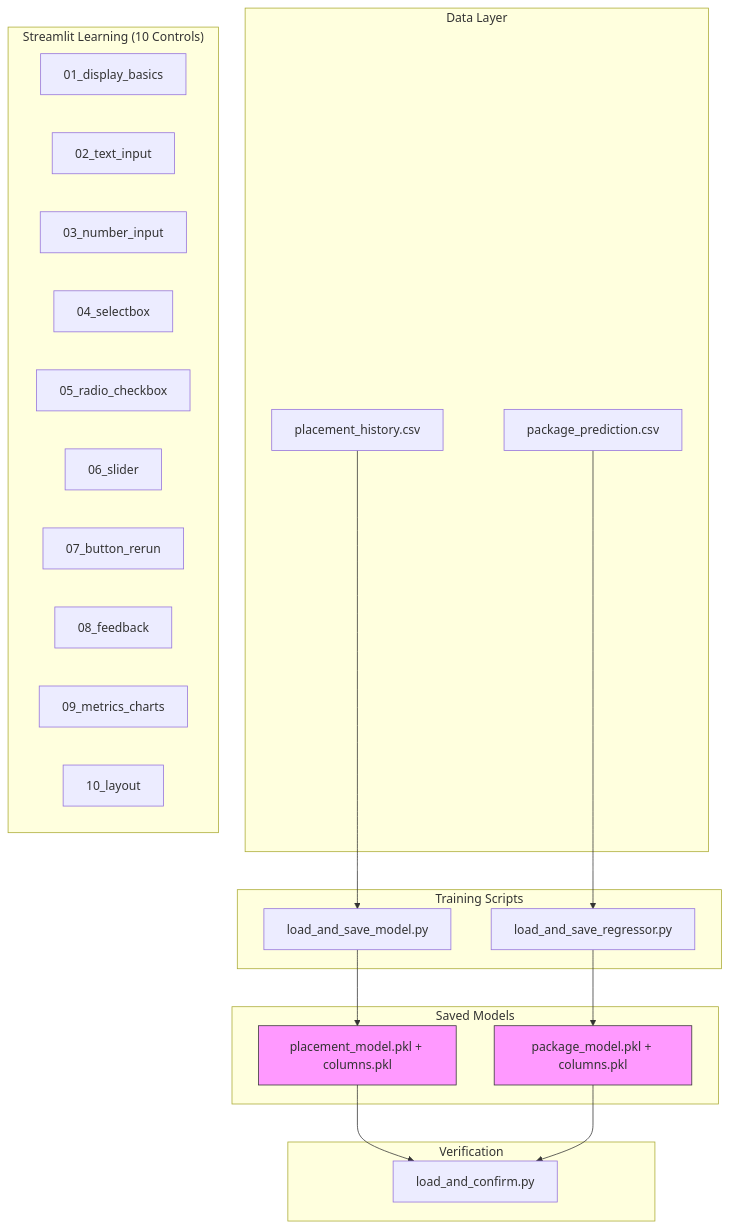
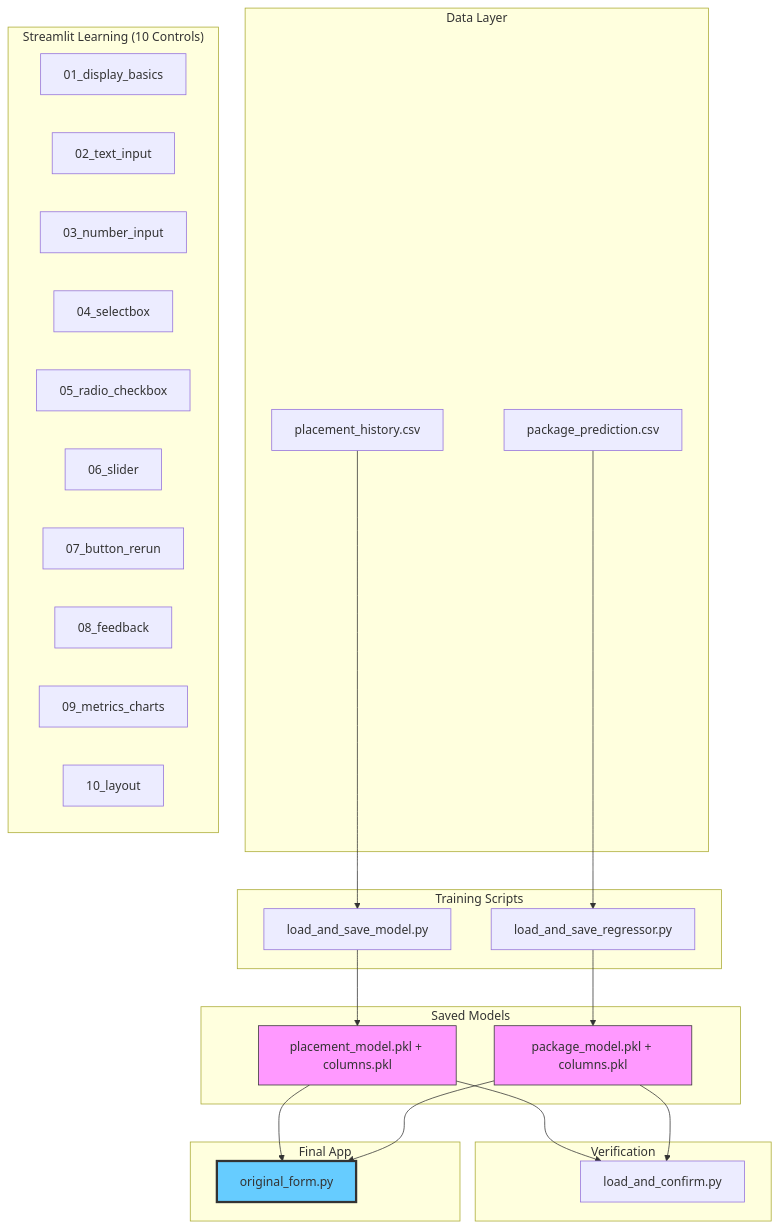
Diagram 15 of 15 in README.md (Gone001/Streamlit_model), drawn with Mermaid before and after one commit. The commit also changed other lines of this file, not shown here.

Commit message:
Updated README with original_form.py documentation and mermaid diagrams

````diff
--- a/README.md
+++ b/README.md
@@ -518,44 +600,51 @@
 ```mermaid
 flowchart TB
     subgraph "Data Layer"
         CSV1[placement_history.csv]
         CSV2[package_prediction.csv]
     end
     
     subgraph "Training Scripts"
         M1[load_and_save_model.py]
         M2[load_and_save_regressor.py]
     end
     
     subgraph "Saved Models"
         PM[placement_model.pkl + columns.pkl]
         RM[package_model.pkl + columns.pkl]
     end
     
     subgraph "Verification"
         V[load_and_confirm.py]
     end
     
     subgraph "Streamlit Learning (10 Controls)"
         D1[01_display_basics]
         D2[02_text_input]
         D3[03_number_input]
         D4[04_selectbox]
         D5[05_radio_checkbox]
         D6[06_slider]
         D7[07_button_rerun]
         D8[08_feedback]
         D9[09_metrics_charts]
         D10[10_layout]
     end
     
+    subgraph "Final App"
+        APP[original_form.py]
+    end
+    
     CSV1 --> M1
     CSV2 --> M2
     M1 --> PM
     M2 --> RM
     PM --> V
     RM --> V
+    PM --> APP
+    RM --> APP
     
     style PM fill:#f9f,stroke:#333
     style RM fill:#f9f,stroke:#333
+    style APP fill:#6cf,stroke:#333,stroke-width:3px
 ```
````
